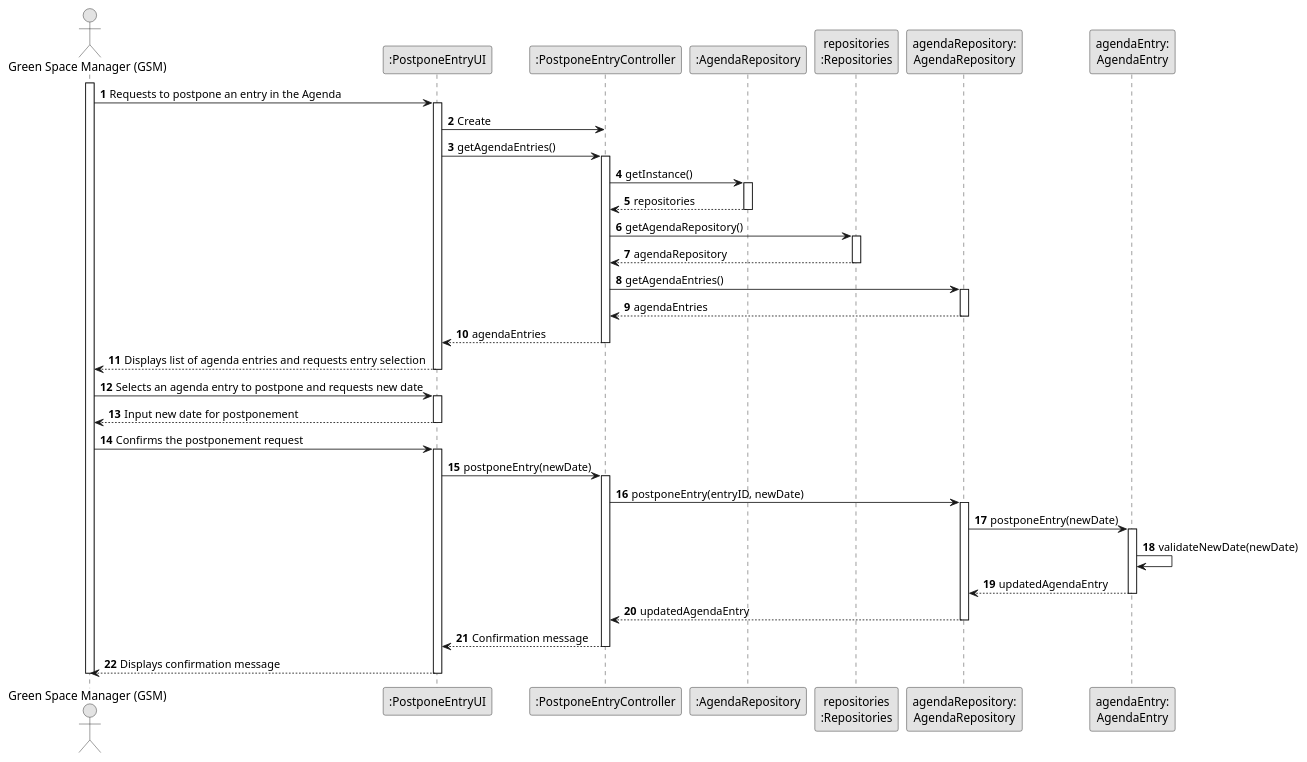
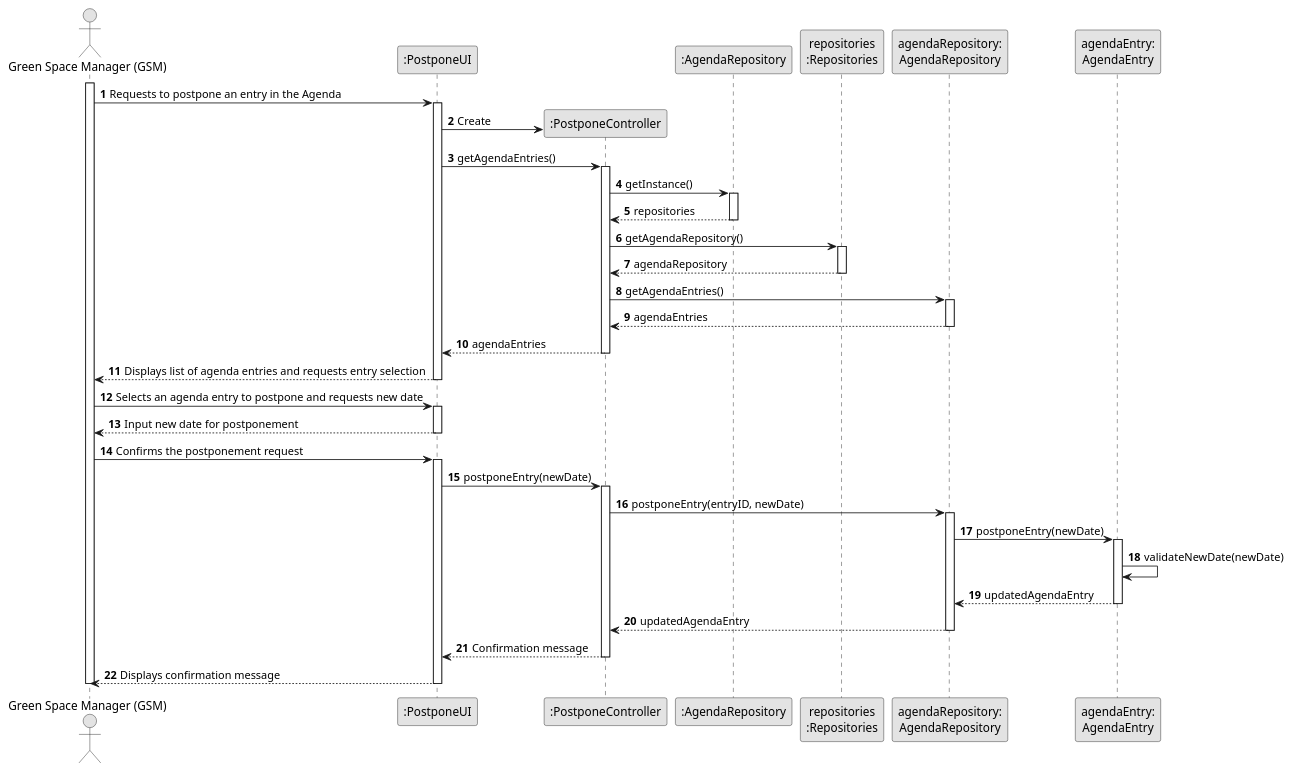
The diagram in docs/sprintC/us024/03.design/puml/us024-sequence-diagram-full.puml (rpedros02/lei-24-s2-1DL-g08), drawn with PlantUML before and after one commit. The commit also changed 6 other files, not shown here.

```diff
--- a/docs/sprintC/us024/03.design/puml/us024-sequence-diagram-full.puml
+++ b/docs/sprintC/us024/03.design/puml/us024-sequence-diagram-full.puml
@@ -1,65 +1,65 @@
 @startuml
 skinparam monochrome true
 skinparam packageStyle rectangle
 skinparam shadowing false
 
 autonumber
 
 actor "Green Space Manager (GSM)" as GSM
-participant ":PostponeEntryUI" as UI
-participant ":PostponeEntryController" as CTRL
+participant ":PostponeUI" as UI
+participant ":PostponeController" as CTRL
 participant ":AgendaRepository" as REP
 participant "repositories\n:Repositories" as PLAT
 participant "agendaRepository:\nAgendaRepository" as AGREP
 participant "agendaEntry:\nAgendaEntry" as AgendaEntry
 
 activate GSM
 
 GSM -> UI : Requests to postpone an entry in the Agenda
 activate UI
-UI -> CTRL : Create
+UI -> CTRL** : Create
 UI -> CTRL : getAgendaEntries()
 activate CTRL
 CTRL -> REP : getInstance()
 activate REP
 REP --> CTRL: repositories
 deactivate REP
 CTRL -> PLAT : getAgendaRepository()
 activate PLAT
 PLAT --> CTRL: agendaRepository
 deactivate PLAT
 CTRL -> AGREP : getAgendaEntries()
 activate AGREP
 AGREP --> CTRL : agendaEntries
 deactivate AGREP
 CTRL --> UI : agendaEntries
 deactivate CTRL
 UI --> GSM : Displays list of agenda entries and requests entry selection
 deactivate UI
 
 GSM -> UI : Selects an agenda entry to postpone and requests new date
 activate UI
 UI --> GSM : Input new date for postponement
 deactivate UI
 
 GSM -> UI : Confirms the postponement request
 activate UI
 UI -> CTRL : postponeEntry(newDate)
 activate CTRL
 CTRL -> AGREP : postponeEntry(entryID, newDate)
 activate AGREP
 AGREP -> AgendaEntry : postponeEntry(newDate)
 activate AgendaEntry
 AgendaEntry -> AgendaEntry : validateNewDate(newDate)
 AgendaEntry --> AGREP : updatedAgendaEntry
 deactivate AgendaEntry
 AGREP --> CTRL : updatedAgendaEntry
 deactivate AGREP
 CTRL --> UI : Confirmation message
 deactivate CTRL
 UI --> GSM : Displays confirmation message
 deactivate UI
 
 deactivate GSM
 
 @enduml
```
